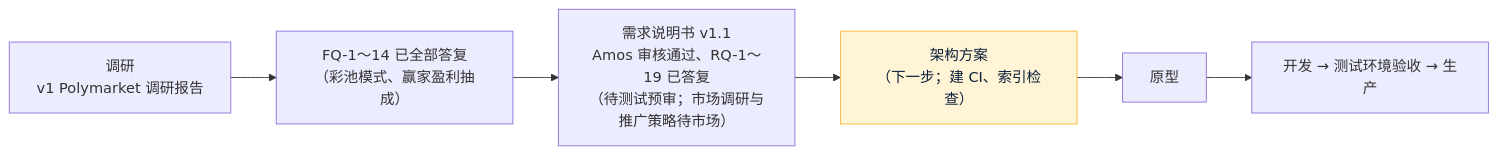
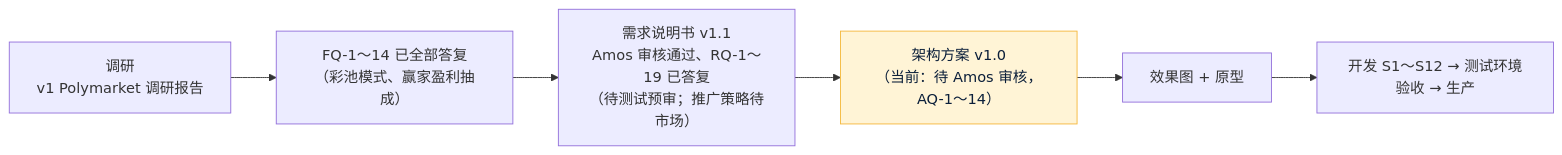
Before and after one commit to dollar3651314/forecast: the diagram in 项目地图.md, drawn with Mermaid. The commit also changed other lines of this file and 10 other files, not shown here.

First line of the commit message:
架构方案 v1.0 + 风格方向图 + 索引检查脚本；项目地图 / 索引 v0.6

````diff
--- a/项目地图.md
+++ b/项目地图.md
@@ -10,5 +10,5 @@
 ```mermaid
 flowchart LR
-    R["调研<br/>v1 Polymarket 调研报告"] --> Q["FQ-1～14 已全部答复<br/>（彩池模式、赢家盈利抽成）"] --> D["需求说明书 v1.1<br/>Amos 审核通过、RQ-1～19 已答复<br/>（待测试预审；市场调研与推广策略待市场）"] --> A["架构方案<br/>（下一步；建 CI、索引检查）"]:::now --> P["原型"] --> DEV["开发 → 测试环境验收 → 生产"]
+    R["调研<br/>v1 Polymarket 调研报告"] --> Q["FQ-1～14 已全部答复<br/>（彩池模式、赢家盈利抽成）"] --> D["需求说明书 v1.1<br/>Amos 审核通过、RQ-1～19 已答复<br/>（待测试预审；推广策略待市场）"] --> A["架构方案 v1.0<br/>（当前：待 Amos 审核，AQ-1～14）"]:::now --> P["效果图 + 原型"] --> DEV["开发 S1～S12 → 测试环境验收 → 生产"]
     classDef now fill:#FFF4D6,stroke:#F5B83D,color:#0B1F3A
 ```
````
